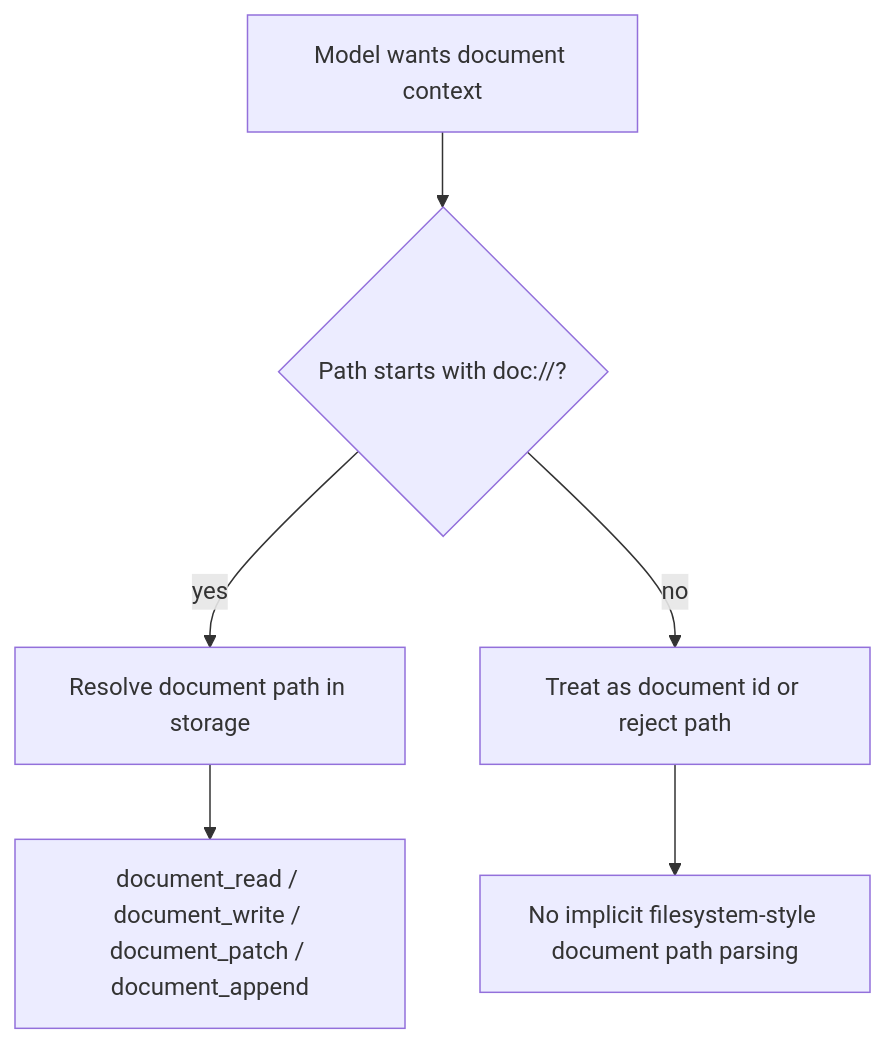
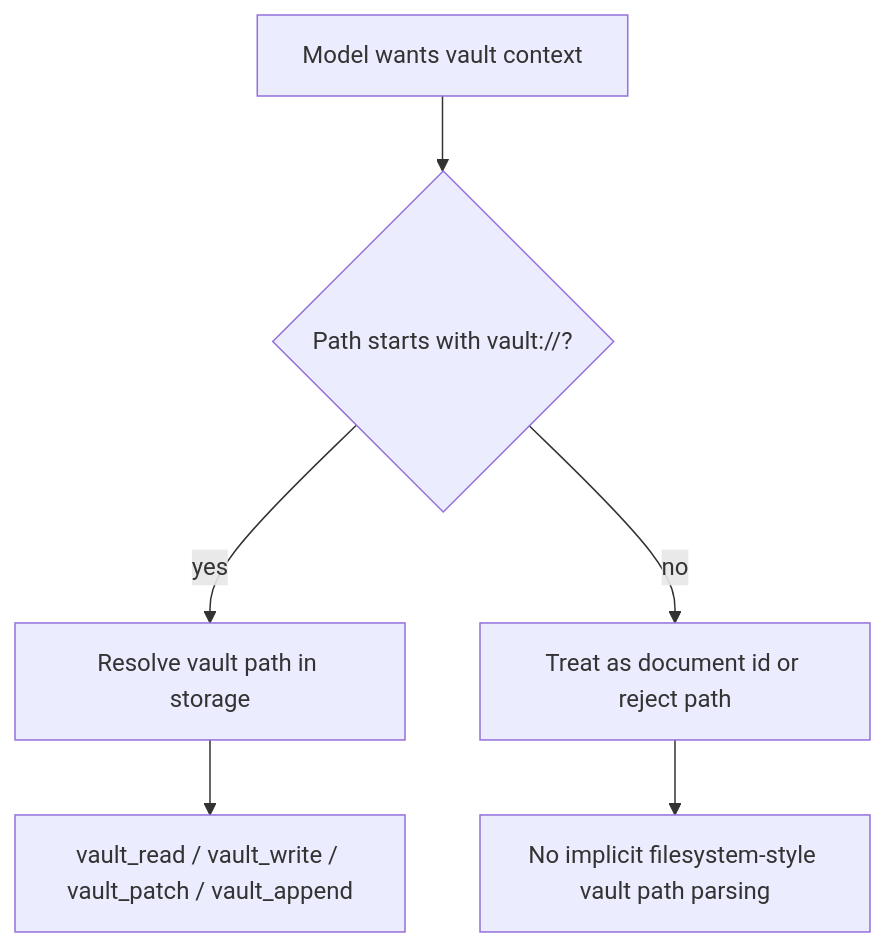
The first of 2 diagrams in doc/20260306-document-path-prefix.md (ex3ndr/daycare), drawn with Mermaid before and after one commit. The commit also changed other lines of this file and 112 other files, not shown here.

````diff
--- a/doc/20260306-document-path-prefix.md
+++ b/doc/20260306-document-path-prefix.md
@@ -19,8 +19,8 @@
 ```mermaid
 flowchart TD
-    A[Model wants document context] --> B{Path starts with doc://?}
-    B -- yes --> C[Resolve document path in storage]
+    A[Model wants vault context] --> B{Path starts with vault://?}
+    B -- yes --> C[Resolve vault path in storage]
     B -- no --> D[Treat as document id or reject path]
-    C --> E[document_read / document_write / document_patch / document_append]
-    D --> F[No implicit filesystem-style document path parsing]
+    C --> E[vault_read / vault_write / vault_patch / vault_append]
+    D --> F[No implicit filesystem-style vault path parsing]
 ```
````
